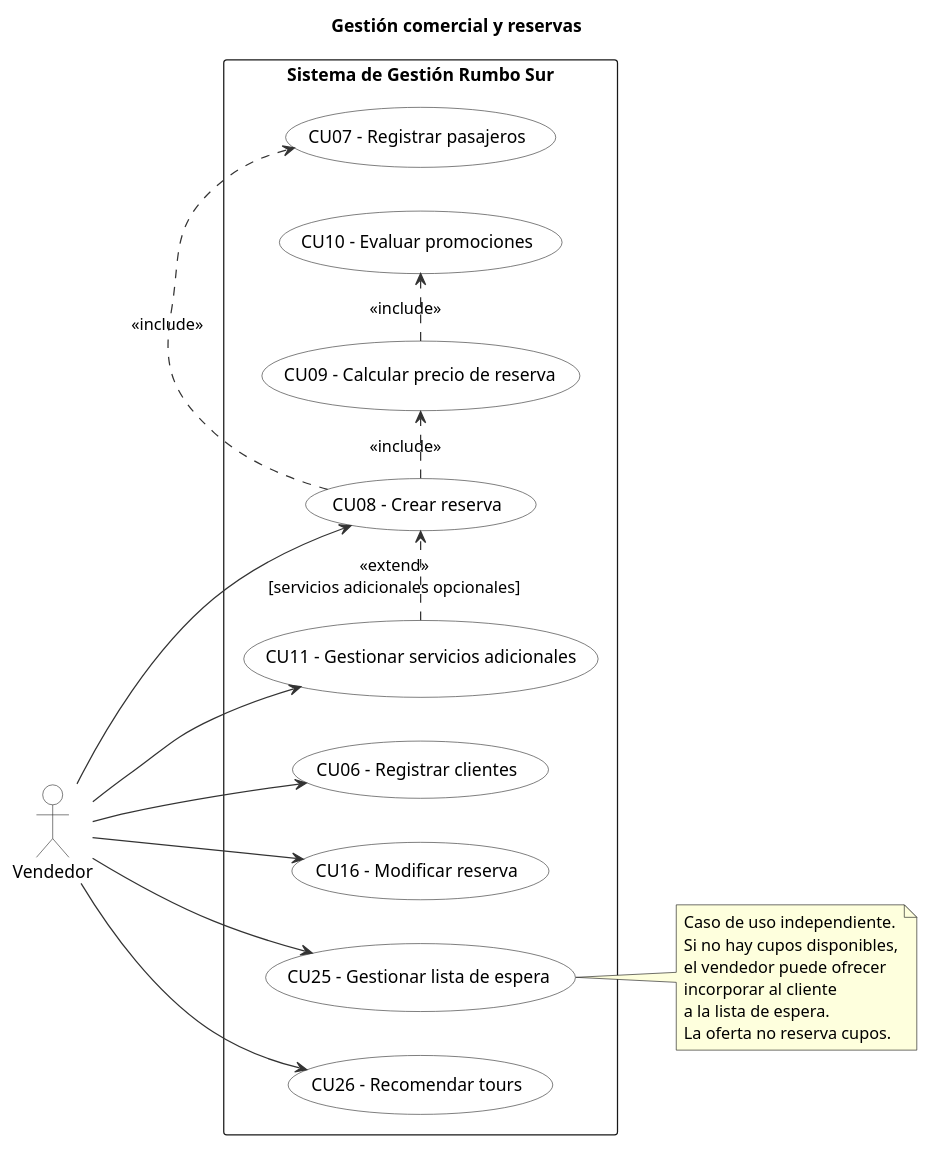
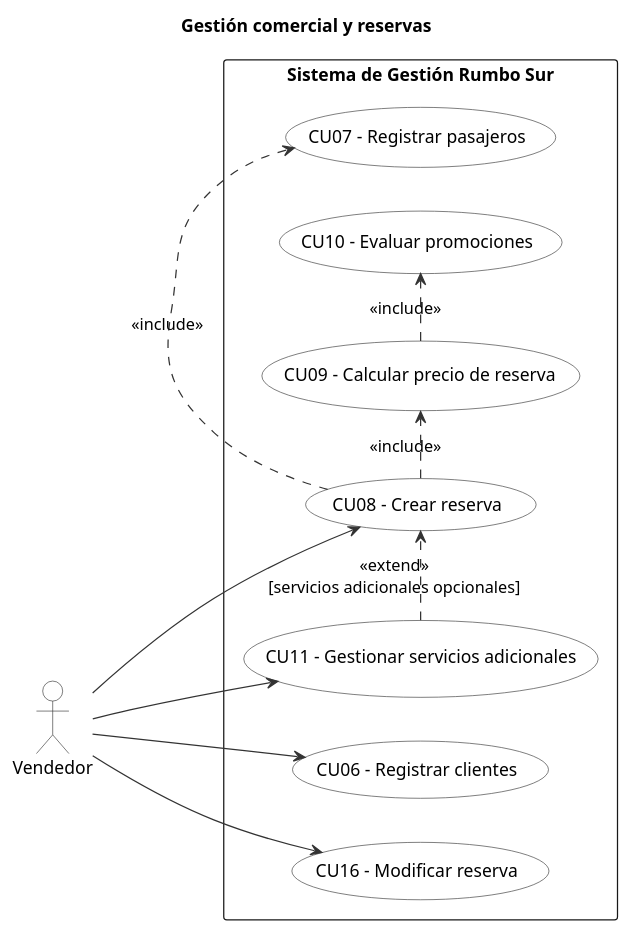
The diagram in docs/uml/casos-uso-reservas.puml (CarlosDanielOK/Avion), drawn with PlantUML before and after one commit. The commit also changed 19 other files, not shown here.

First line of the commit message:
Refactorización de diagramas UML y actualización de la documentación

```diff
--- a/docs/uml/casos-uso-reservas.puml
+++ b/docs/uml/casos-uso-reservas.puml
@@ -2,54 +2,42 @@
 @startuml casos-uso-reservas
 title Gestión comercial y reservas
 
 skinparam shadowing false
 skinparam backgroundColor White
 skinparam usecase {
   BackgroundColor White
   BorderColor #333333
   ArrowColor #333333
 }
 skinparam actor {
   BackgroundColor White
   BorderColor #333333
 }
 
 left to right direction
 
 actor "Vendedor" as VEN
 
 rectangle "Sistema de Gestión Rumbo Sur" {
   usecase "CU06 - Registrar clientes" as CU06
   usecase "CU08 - Crear reserva" as CU08
   usecase "CU07 - Registrar pasajeros" as CU07
   usecase "CU09 - Calcular precio de reserva" as CU09
   usecase "CU10 - Evaluar promociones" as CU10
   usecase "CU11 - Gestionar servicios adicionales" as CU11
   usecase "CU16 - Modificar reserva" as CU16
-  usecase "CU25 - Gestionar lista de espera" as CU25
-  usecase "CU26 - Recomendar tours" as CU26
 }
 
 VEN --> CU06
 VEN --> CU08
 VEN --> CU11
 VEN --> CU16
-VEN --> CU25
-VEN --> CU26
 
 CU08 .> CU07 : <<include>>
 CU08 .> CU09 : <<include>>
 CU09 .> CU10 : <<include>>
 
 CU11 .> CU08 : <<extend>>\n[servicios adicionales opcionales]
 
-note right of CU25
-  Caso de uso independiente.
-  Si no hay cupos disponibles,
-  el vendedor puede ofrecer
-  incorporar al cliente
-  a la lista de espera.
-  La oferta no reserva cupos.
-end note
 
 @enduml
```
